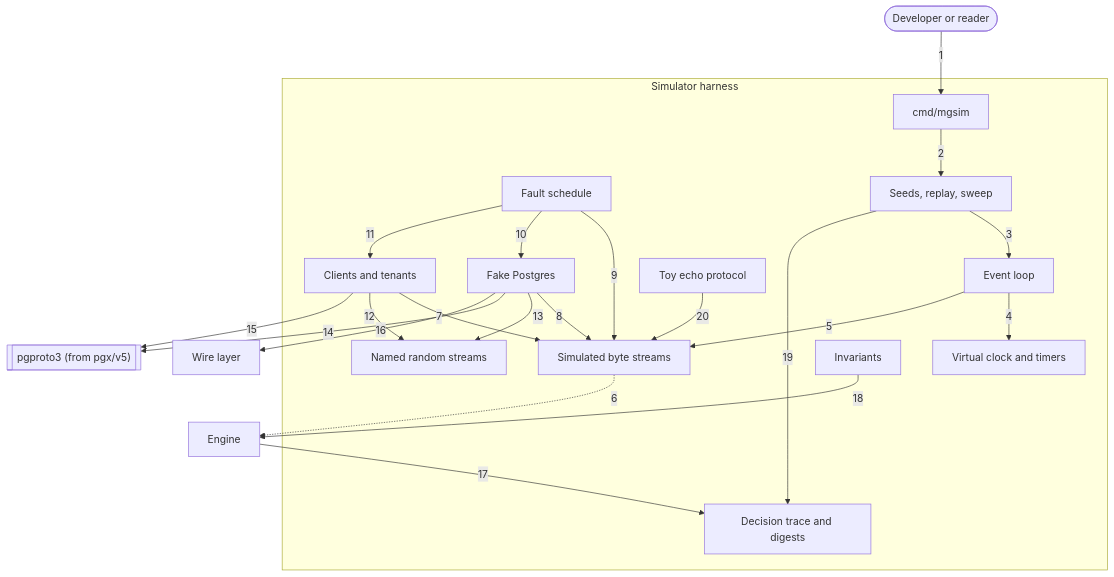
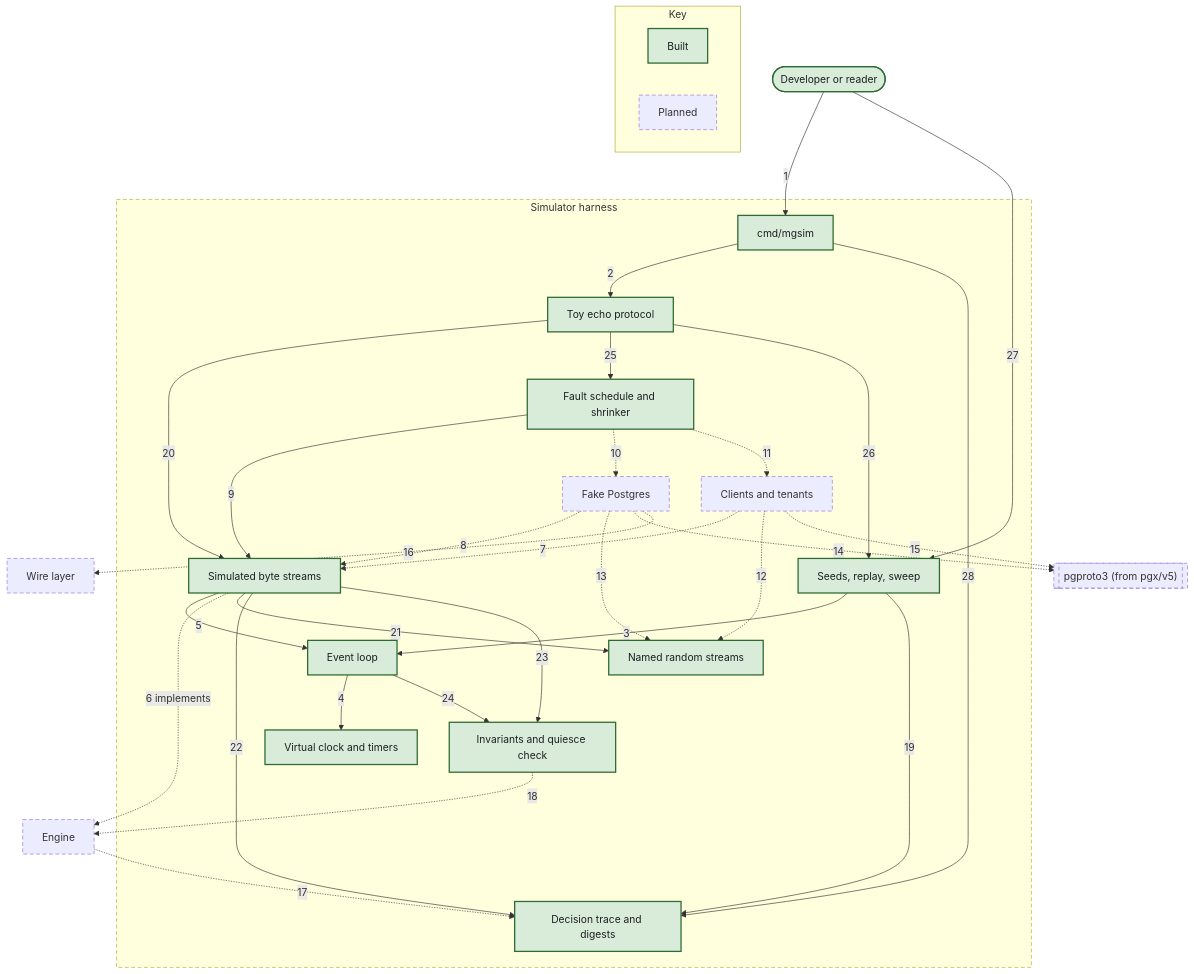
One commit to nickstrad/mini-gateway changed the diagram in docs/c4/diagrams/11-component-simulator.mmd. Above: the diagram before and after it, drawn with Mermaid. The commit also changed 28 other files, not shown here.

```diff
--- a/docs/c4/diagrams/11-component-simulator.mmd
+++ b/docs/c4/diagrams/11-component-simulator.mmd
@@ -1,39 +1,54 @@
 flowchart TB
-  DEVELOPER(["Developer or reader"])
-  N_ENGINE["Engine"]
-  N_PGWIRE["Wire layer"]
-  PGPROTO3[["pgproto3 (from pgx/v5)"]]
+  DEVELOPER(["Developer or reader"]):::built
+  N_ENGINE["Engine"]:::planned
+  N_PGWIRE["Wire layer"]:::planned
+  PGPROTO3[["pgproto3 (from pgx/v5)"]]:::planned
   subgraph SCOPE["Simulator harness"]
-    S_LOOP["Event loop"]
-    S_CLOCK["Virtual clock and timers"]
-    S_STREAMS["Named random streams"]
-    S_NET["Simulated byte streams"]
-    S_FAKEPG["Fake Postgres"]
-    S_WORKLOAD["Clients and tenants"]
-    S_FAULTS["Fault schedule"]
-    S_TRACE["Decision trace and digests"]
-    S_INV["Invariants"]
-    S_SIMTEST["Seeds, replay, sweep"]
-    S_CLI["cmd/mgsim"]
-    S_TOY["Toy echo protocol"]
+    S_LOOP["Event loop"]:::built
+    S_CLOCK["Virtual clock and timers"]:::built
+    S_STREAMS["Named random streams"]:::built
+    S_NET["Simulated byte streams"]:::built
+    S_FAKEPG["Fake Postgres"]:::planned
+    S_WORKLOAD["Clients and tenants"]:::planned
+    S_FAULTS["Fault schedule and shrinker"]:::built
+    S_TRACE["Decision trace and digests"]:::built
+    S_INV["Invariants and quiesce check"]:::built
+    S_SIMTEST["Seeds, replay, sweep"]:::built
+    S_CLI["cmd/mgsim"]:::built
+    S_TOY["Toy echo protocol"]:::built
   end
   DEVELOPER -->|1| S_CLI
-  S_CLI -->|2| S_SIMTEST
+  S_CLI -->|2| S_TOY
   S_SIMTEST -->|3| S_LOOP
   S_LOOP -->|4| S_CLOCK
-  S_LOOP -->|5| S_NET
-  S_NET -.->|6| N_ENGINE
-  S_WORKLOAD -->|7| S_NET
-  S_FAKEPG -->|8| S_NET
+  S_NET -->|5| S_LOOP
+  S_NET -.->|6 implements| N_ENGINE
+  S_WORKLOAD -.->|7| S_NET
+  S_FAKEPG -.->|8| S_NET
   S_FAULTS -->|9| S_NET
-  S_FAULTS -->|10| S_FAKEPG
-  S_FAULTS -->|11| S_WORKLOAD
-  S_WORKLOAD -->|12| S_STREAMS
-  S_FAKEPG -->|13| S_STREAMS
-  S_FAKEPG -->|14| PGPROTO3
-  S_WORKLOAD -->|15| PGPROTO3
-  S_FAKEPG -->|16| N_PGWIRE
-  N_ENGINE -->|17| S_TRACE
-  S_INV -->|18| N_ENGINE
+  S_FAULTS -.->|10| S_FAKEPG
+  S_FAULTS -.->|11| S_WORKLOAD
+  S_WORKLOAD -.->|12| S_STREAMS
+  S_FAKEPG -.->|13| S_STREAMS
+  S_FAKEPG -.->|14| PGPROTO3
+  S_WORKLOAD -.->|15| PGPROTO3
+  S_FAKEPG -.->|16| N_PGWIRE
+  N_ENGINE -.->|17| S_TRACE
+  S_INV -.->|18| N_ENGINE
   S_SIMTEST -->|19| S_TRACE
   S_TOY -->|20| S_NET
+  S_NET -->|21| S_STREAMS
+  S_NET -->|22| S_TRACE
+  S_NET -->|23| S_INV
+  S_LOOP -->|24| S_INV
+  S_TOY -->|25| S_FAULTS
+  S_TOY -->|26| S_SIMTEST
+  DEVELOPER -->|27| S_SIMTEST
+  S_CLI -->|28| S_TRACE
+  subgraph KEY["Key"]
+    KEY_BUILT["Built"]:::built
+    KEY_PLANNED["Planned"]:::planned
+  end
+  classDef built fill:#d9ecd9,stroke:#2e6b34,stroke-width:2px,color:#1c1e21
+  classDef planned stroke-width:1px,stroke-dasharray:6 4
+  style SCOPE stroke-dasharray:6 4
```
